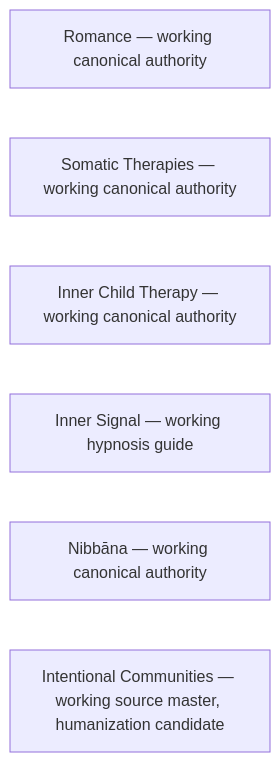
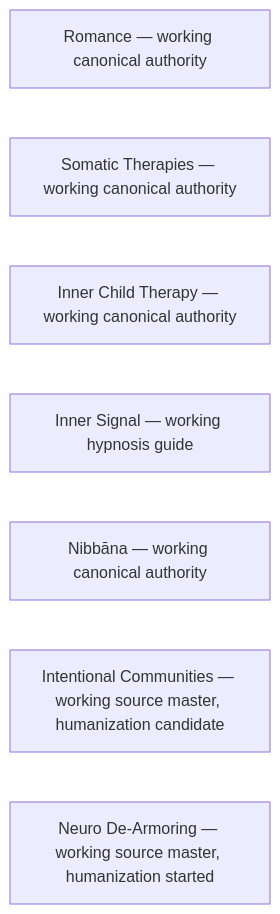
One commit to u-dont-existDOTcom/joel-articles changed the diagram in ARTICLE-META-MAP.md. Above: the diagram before and after it, drawn with Mermaid. The commit also changed other lines of this file and 2 other files, not shown here.

First line of the commit message:
Neuro de-armoring: its architecture map and the meta-map entry

````diff
--- a/ARTICLE-META-MAP.md
+++ b/ARTICLE-META-MAP.md
@@ -12,9 +13,10 @@
 ```mermaid
 flowchart LR
     romance["Romance — working canonical authority"]
     somatic["Somatic Therapies — working canonical authority"]
     innerchild["Inner Child Therapy — working canonical authority"]
     hypnosis["Inner Signal — working hypnosis guide"]
     nibbana["Nibbāna — working canonical authority"]
     communities["Intentional Communities — working source master, humanization candidate"]
+    neuro["Neuro De-Armoring — working source master, humanization started"]
 ```
````
